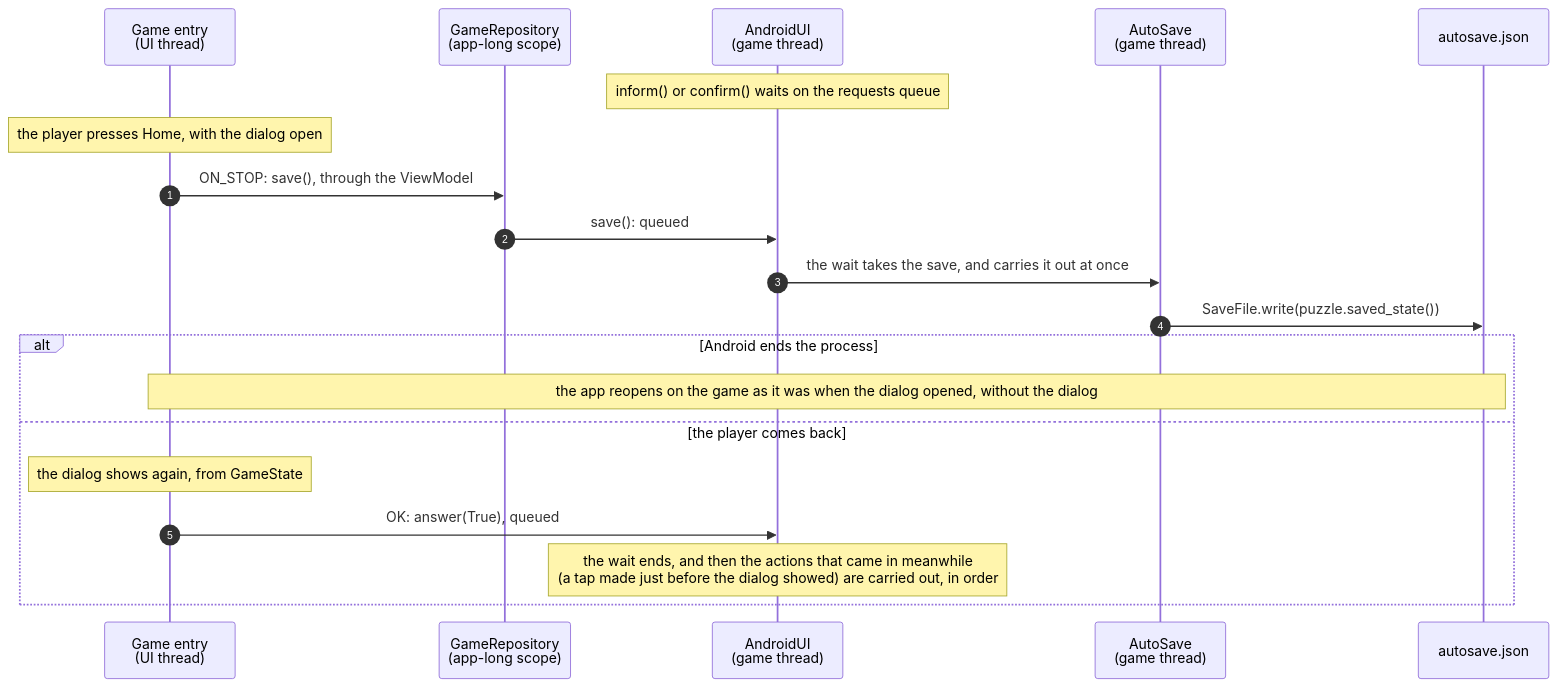
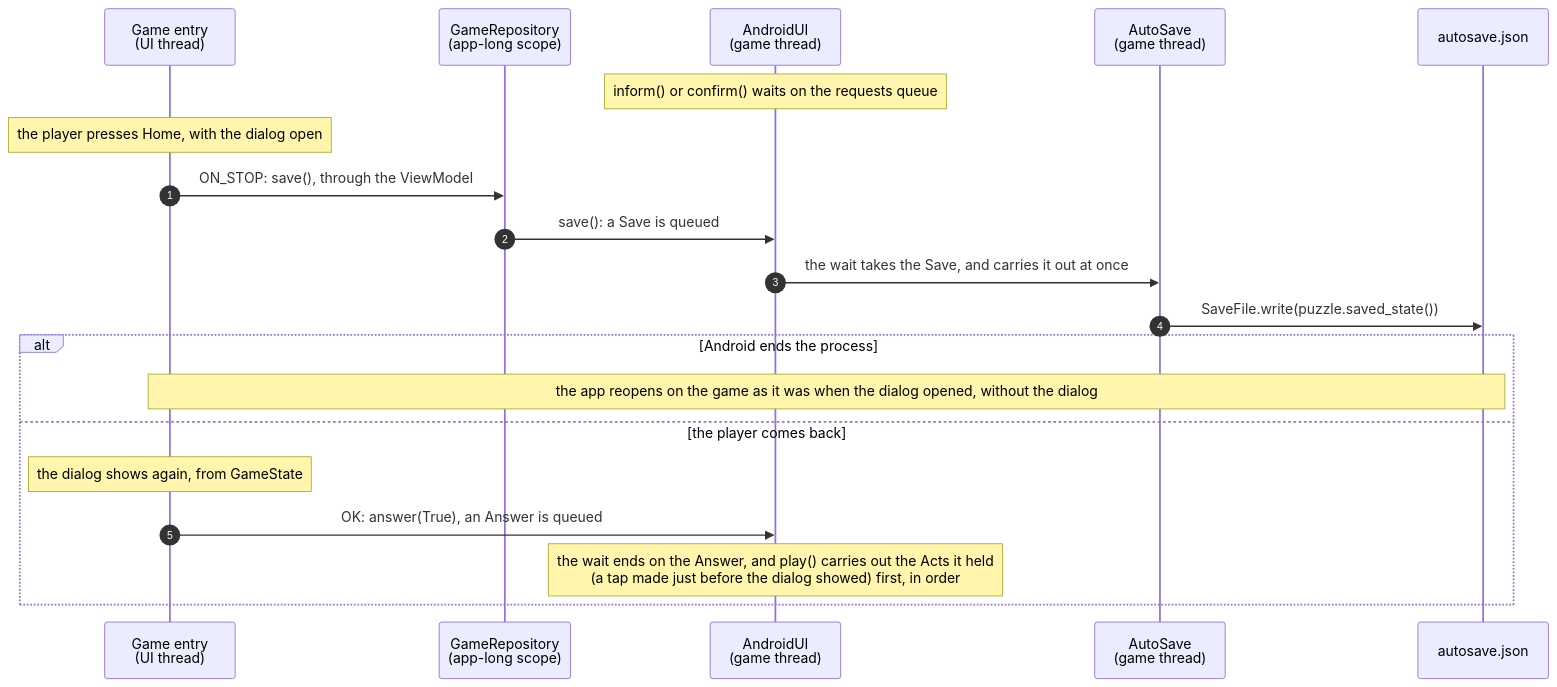
Before and after one commit to aivanov61/sudoku-solver: the eighth of 11 diagrams in android/docs/architecture.md, drawn with Mermaid. The commit also changed other lines of this file and 5 other files, not shown here.

Commit message:
Carry out a save at once while the game waits on a dialog, holding the player's actions until it is answered and dropping an answer no dialog waits for, with the answers on the one requests queue, as step 7b of phase 7.

````diff
--- a/android/docs/architecture.md
+++ b/android/docs/architecture.md
@@ -424,23 +425,23 @@
 ```mermaid
 sequenceDiagram
     autonumber
     participant E as Game entry<br/>(UI thread)
     participant R as GameRepository<br/>(app-long scope)
     participant UI as AndroidUI<br/>(game thread)
     participant A as AutoSave<br/>(game thread)
     participant F as autosave.json
 
     Note over UI: inform() or confirm() waits on the requests queue
     Note over E: the player presses Home, with the dialog open
     E->>R: ON_STOP: save(), through the ViewModel
-    R->>UI: save(): queued
-    UI->>A: the wait takes the save, and carries it out at once
+    R->>UI: save(): a Save is queued
+    UI->>A: the wait takes the Save, and carries it out at once
     A->>F: SaveFile.write(puzzle.saved_state())
     alt Android ends the process
         Note over E,F: the app reopens on the game as it was when the dialog opened, without the dialog
     else the player comes back
         Note over E: the dialog shows again, from GameState
-        E->>UI: OK: answer(True), queued
-        Note over UI: the wait ends, and then the actions that came in meanwhile<br/>(a tap made just before the dialog showed) are carried out, in order
+        E->>UI: OK: answer(True), an Answer is queued
+        Note over UI: the wait ends on the Answer, and play() carries out the Acts it held<br/>(a tap made just before the dialog showed) first, in order
     end
 ```
````
